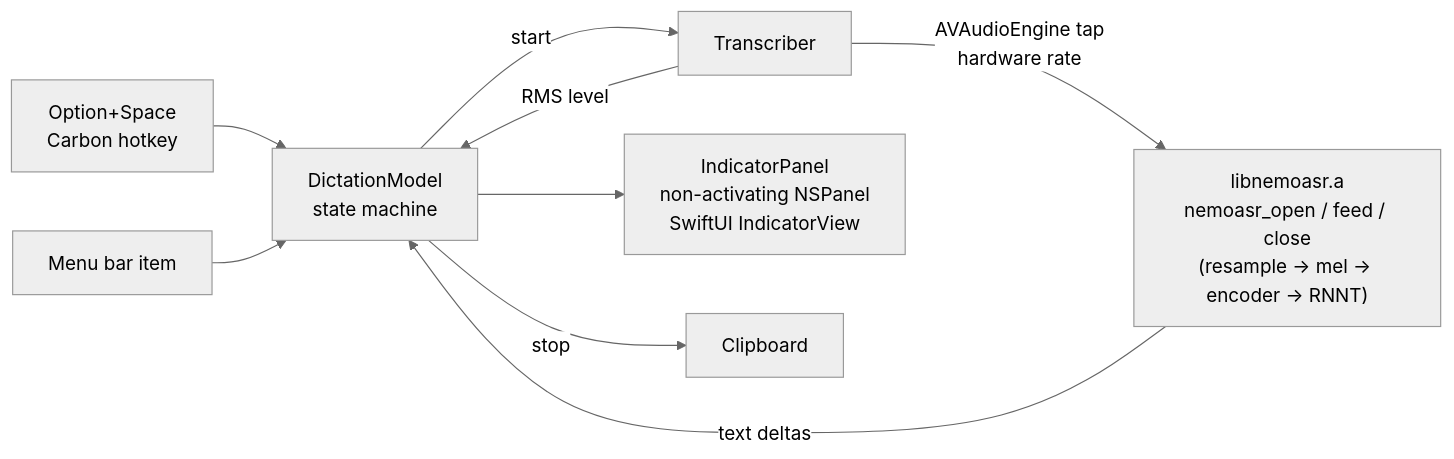
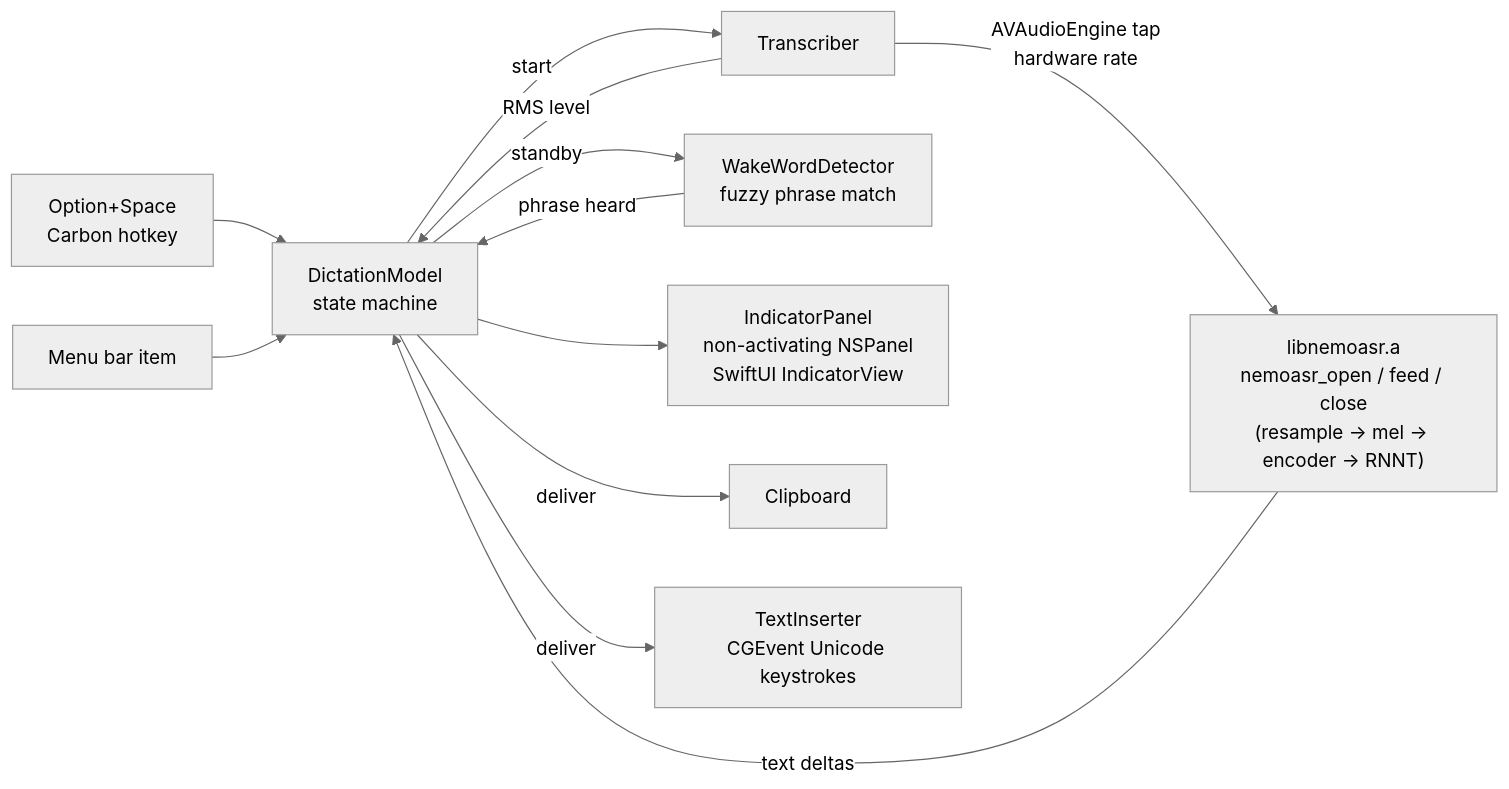
The diagram in README.md (SeungheonOh/nemo), drawn with Mermaid (neutral theme) before and after one commit. The commit also changed other lines of this file and 8 other files, not shown here.

First line of the commit message:
Native window shadow, typing into the focused app, wake-word mode

````diff
--- a/README.md
+++ b/README.md
@@ -22,11 +31,14 @@
 ```mermaid
 flowchart LR
     hk[Option+Space<br/>Carbon hotkey] --> model[DictationModel<br/>state machine]
     menu[Menu bar item] --> model
     model -->|start| tr[Transcriber]
     tr -->|AVAudioEngine tap<br/>hardware rate| lib["libnemoasr.a<br/>nemoasr_open / feed / close<br/>(resample → mel → encoder → RNNT)"]
     lib -->|text deltas| model
     tr -->|RMS level| model
+    model -->|standby| wake[WakeWordDetector<br/>fuzzy phrase match]
+    wake -->|phrase heard| model
     model --> panel[IndicatorPanel<br/>non-activating NSPanel<br/>SwiftUI IndicatorView]
-    model -->|stop| clip[Clipboard]
+    model -->|deliver| clip[Clipboard]
+    model -->|deliver| typer[TextInserter<br/>CGEvent Unicode keystrokes]
 ```
````
